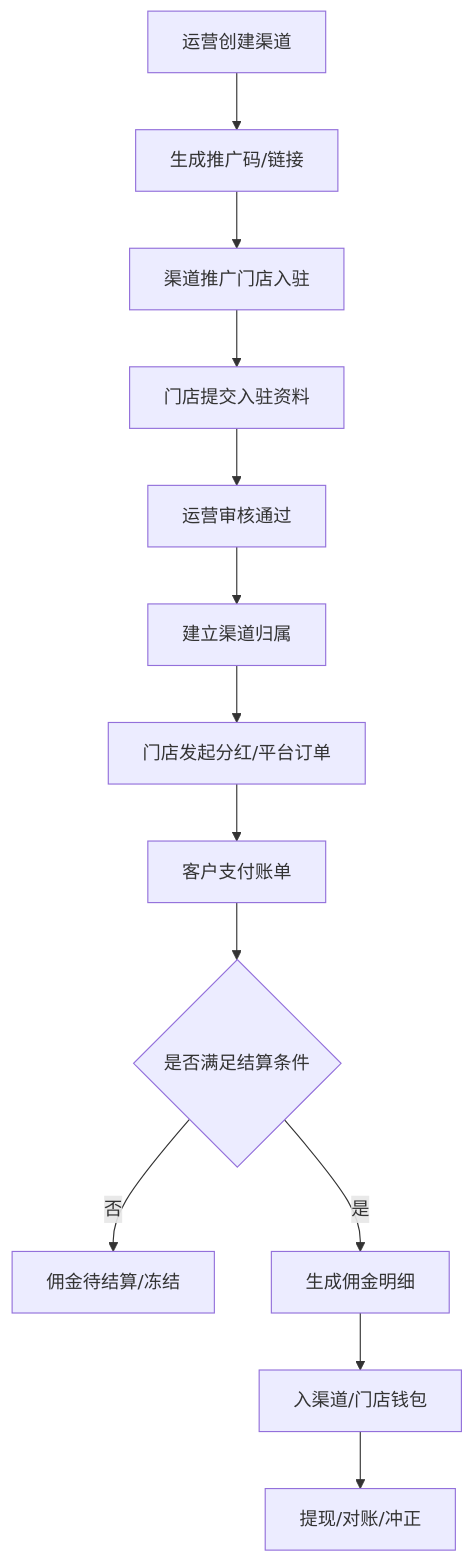
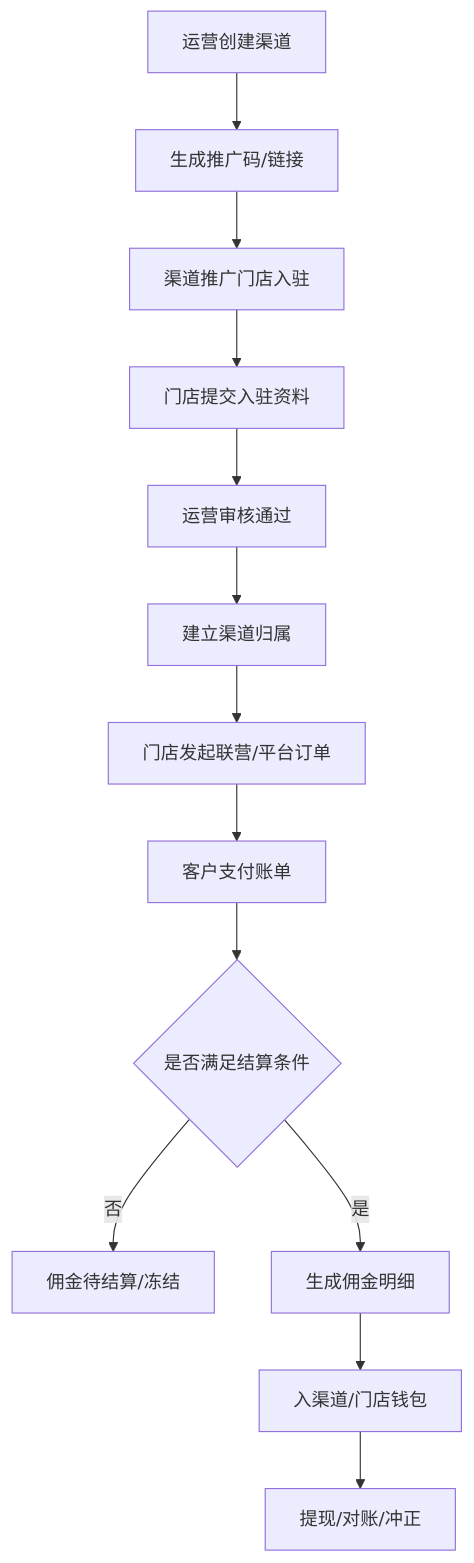
The diagram in PRD/V0.2/modules/运营端/渠道管理/01_渠道分销与佣金.md (joezjyan-bot/mandian-prd), drawn with Mermaid before and after one commit. The commit also changed other lines of this file and 2 other files, not shown here.

````diff
--- a/PRD/V0.2/modules/运营端/渠道管理/01_渠道分销与佣金.md
+++ b/PRD/V0.2/modules/运营端/渠道管理/01_渠道分销与佣金.md
@@ -73,15 +75,15 @@
 ```mermaid
 flowchart TD
     A["运营创建渠道"] --> B["生成推广码/链接"]
     B --> C["渠道推广门店入驻"]
     C --> D["门店提交入驻资料"]
     D --> E["运营审核通过"]
     E --> F["建立渠道归属"]
-    F --> G["门店发起分红/平台订单"]
+    F --> G["门店发起联营/平台订单"]
     G --> H["客户支付账单"]
     H --> I{"是否满足结算条件"}
     I -->|否| J["佣金待结算/冻结"]
     I -->|是| K["生成佣金明细"]
     K --> L["入渠道/门店钱包"]
     L --> M["提现/对账/冲正"]
 ```
````
